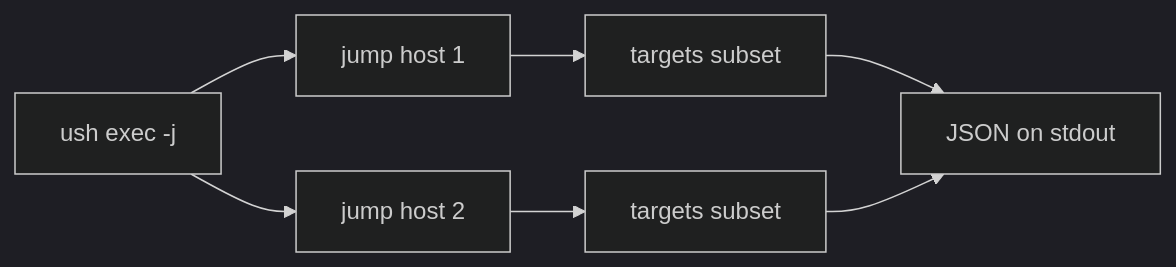
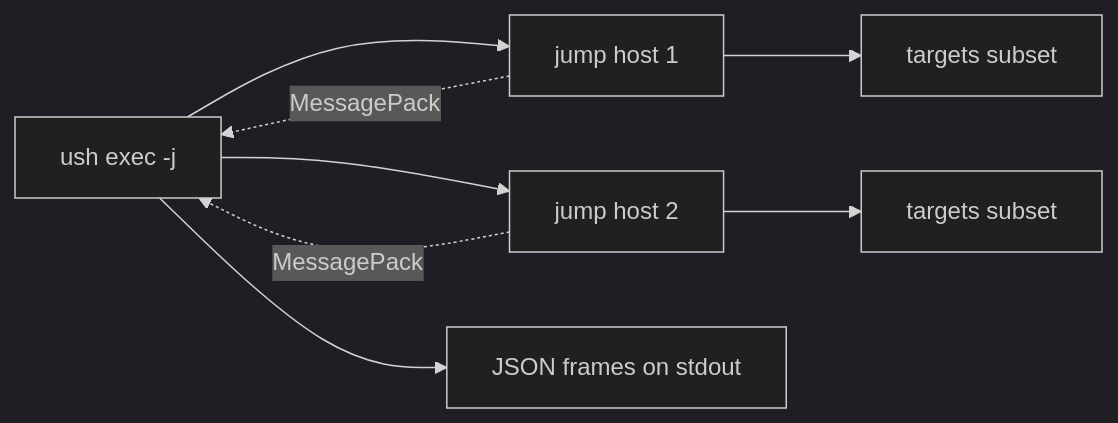
One commit to fiorix/ush changed the second of 2 diagrams in CONTEXT.md. Above: the diagram before and after it, drawn with Mermaid (dark theme). The commit also changed other lines of this file and 9 other files, not shown here.

````diff
--- a/CONTEXT.md
+++ b/CONTEXT.md
@@ -30,9 +37,10 @@
 ```mermaid
 flowchart LR
     local[ush exec -j] --> j1[jump host 1]
     local --> j2[jump host 2]
     j1 --> t1[targets subset]
     j2 --> t2[targets subset]
-    t1 --> out[JSON on stdout]
-    t2 --> out
+    j1 -.->|MessagePack| local
+    j2 -.->|MessagePack| local
+    local --> out[JSON frames on stdout]
 ```
````
